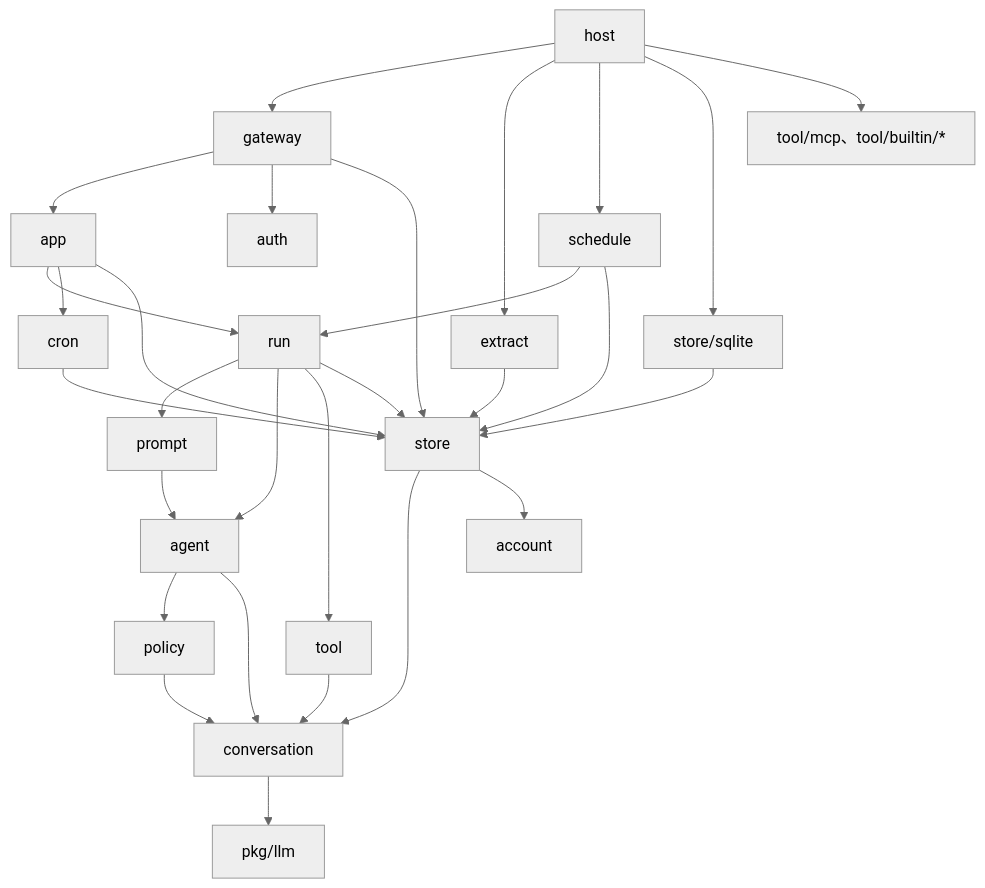
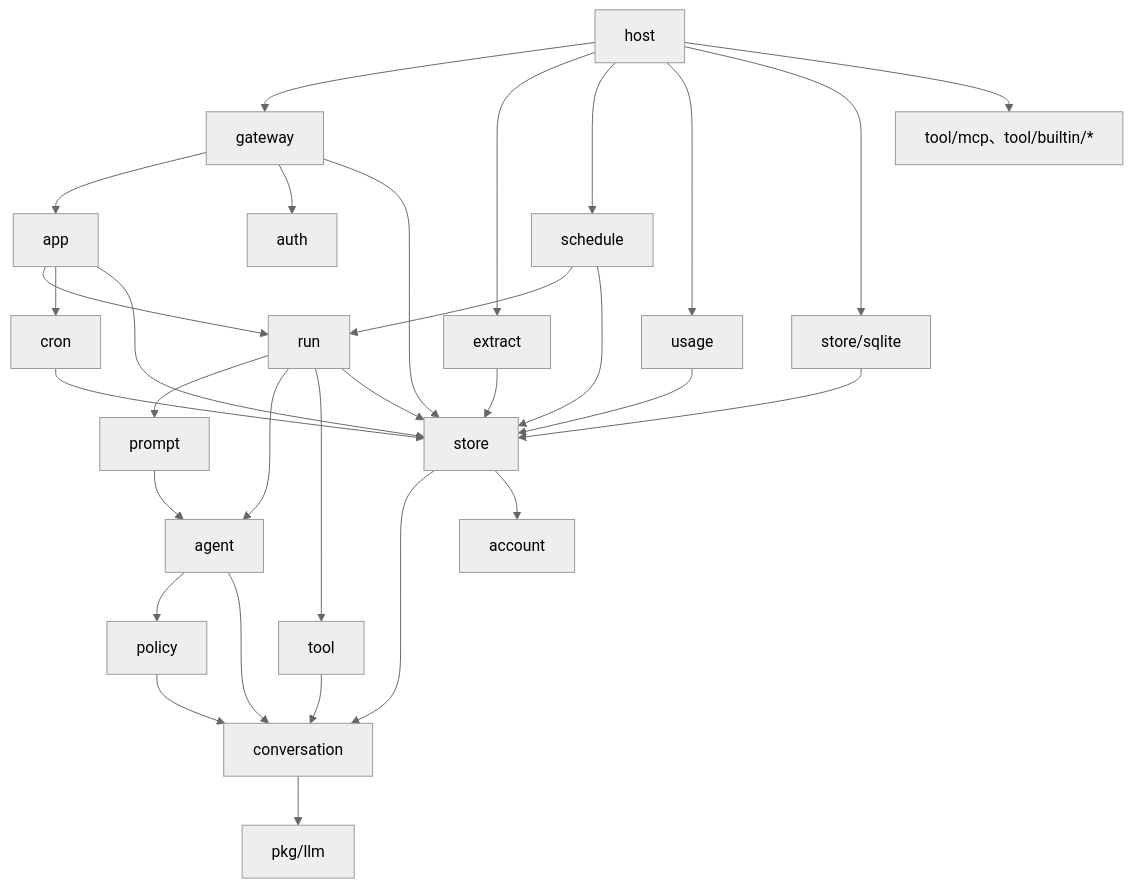
One commit to 0xfakeSpike/ollupi-docs changed the first of 2 diagrams in docs/zh/engine/architecture.md. Above: the diagram before and after it, drawn with Mermaid (neutral theme). The commit also changed other lines of this file and 67 other files, not shown here.

````diff
--- a/docs/zh/engine/architecture.md
+++ b/docs/zh/engine/architecture.md
@@ -62,31 +64,33 @@
 ```mermaid
 flowchart TD
   host["host"] --> gateway["gateway"]
   host --> extract["extract"]
   host --> schedule["schedule"]
+  host --> usage["usage"]
+  usage --> store["store"]
   host --> sqlite["store/sqlite"]
   host --> tools["tool/mcp、tool/builtin/*"]
   gateway --> app["app"]
   gateway --> auth["auth"]
   app --> run["run"]
   app --> cron["cron"]
   schedule --> run
   run --> prompt["prompt"]
   run --> agent["agent"]
   run --> tool["tool"]
   run --> store["store"]
   app --> store
   schedule --> store
   extract --> store
   cron --> store
   gateway --> store
   sqlite --> store
   prompt --> agent
   agent --> policy["policy"]
   agent --> conversation["conversation"]
   policy --> conversation
   store --> conversation
   store --> account["account"]
   tool --> conversation
   conversation --> llm["pkg/llm"]
 ```
````
